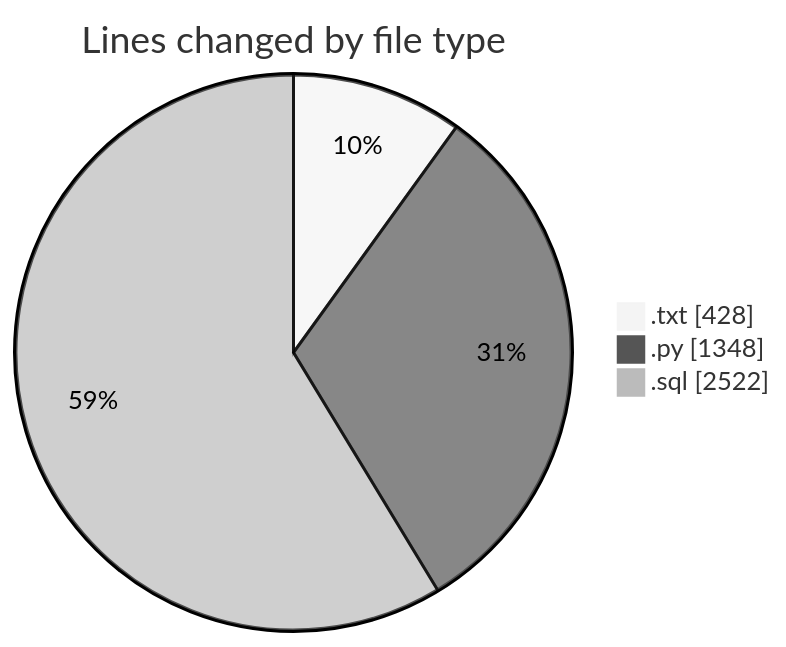
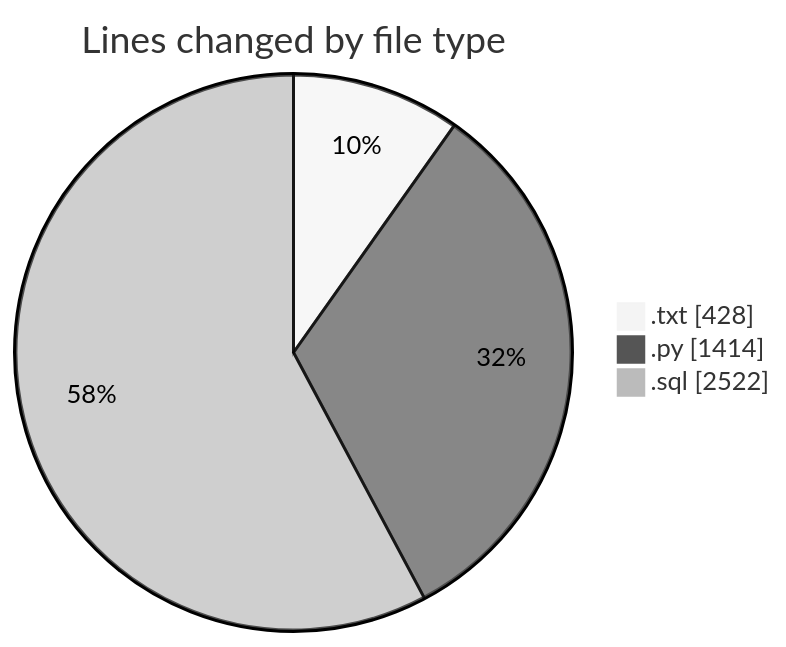
One commit to lephambinh05/code-tracking changed the first of 2 diagrams in 2025-09-16/datanv/README.md. Above: the diagram before and after it, drawn with Mermaid (neutral theme). The commit also changed other lines of this file and 1 other file, not shown here.

````diff
--- a/2025-09-16/datanv/README.md
+++ b/2025-09-16/datanv/README.md
@@ -39,7 +40,7 @@
 ```mermaid
 pie showData
 title Lines changed by file type
 ".txt" : 428
-".py" : 1348
+".py" : 1414
 ".sql" : 2522
 ```
````
